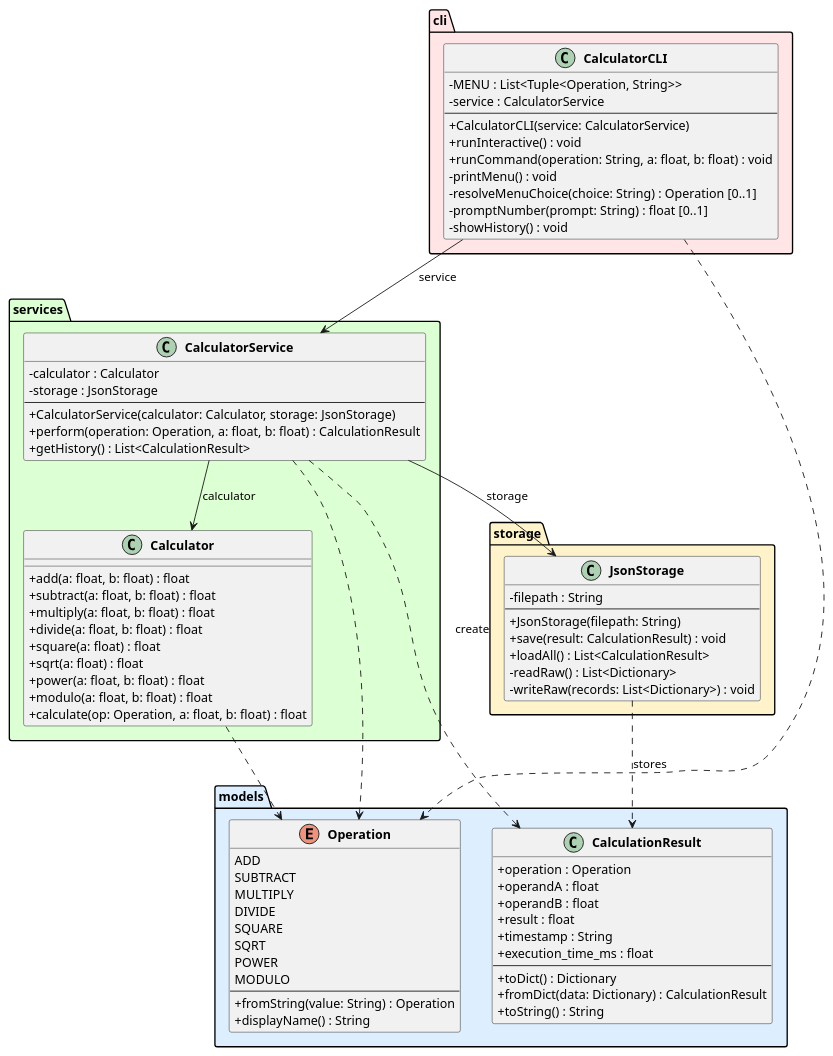
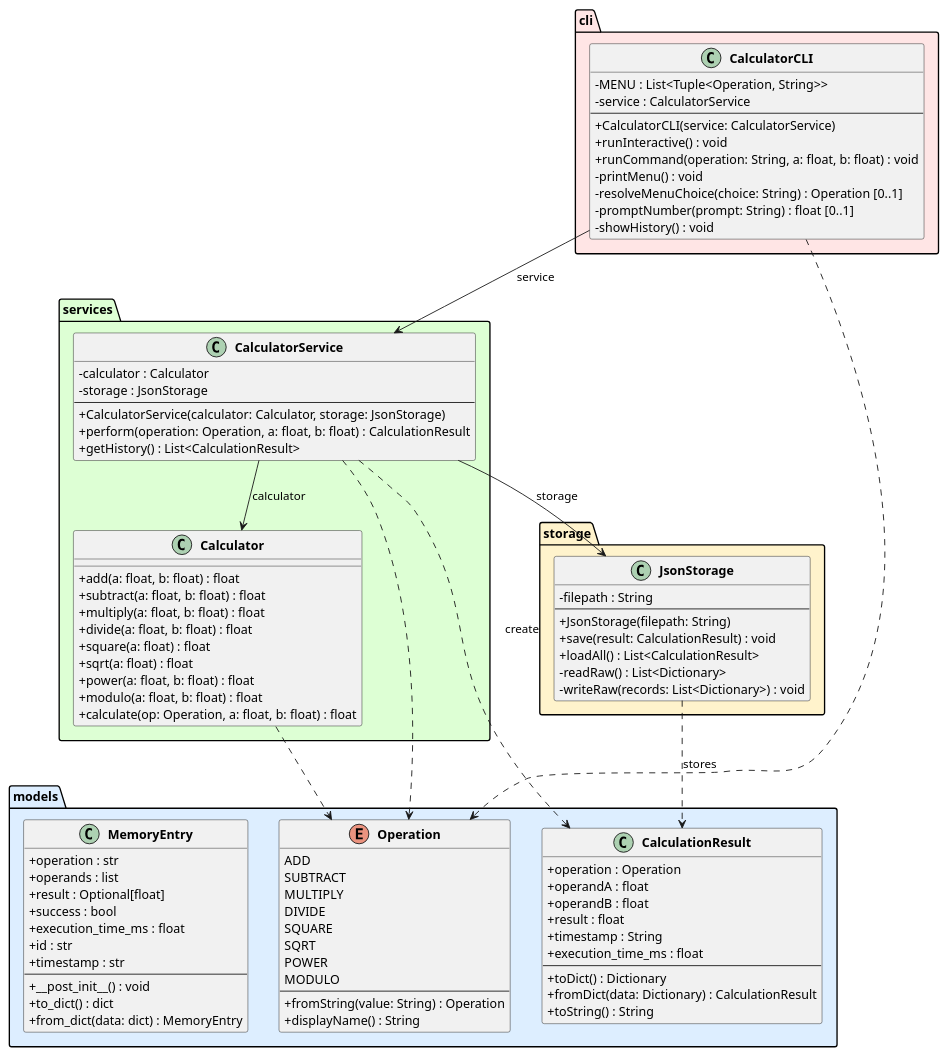
Before and after one commit to DanielRiha8906/Software_autoevolution_using_agents: the diagram in experiments/supervisor_as_tools/test_driven/calculator/artifacts/class_diagram.puml, drawn with PlantUML. The commit also changed 4 other files, not shown here.

First line of the commit message:
task 03 | Create MemoryEntry domain class for calculation history

```diff
--- a/experiments/supervisor_as_tools/test_driven/calculator/artifacts/class_diagram.puml
+++ b/experiments/supervisor_as_tools/test_driven/calculator/artifacts/class_diagram.puml
@@ -1,95 +1,109 @@
 @startuml class_diagram
 
 skinparam classAttributeIconSize 0
 skinparam classFontStyle bold
 
 package "models" #DDEEFF {
     enum Operation {
         ADD
         SUBTRACT
         MULTIPLY
         DIVIDE
         SQUARE
         SQRT
         POWER
         MODULO
         --
         +fromString(value: String) : Operation
         +displayName() : String
     }
 
     class CalculationResult {
         +operation : Operation
         +operandA : float
         +operandB : float
         +result : float
         +timestamp : String
         +execution_time_ms : float
         --
         +toDict() : Dictionary
         +fromDict(data: Dictionary) : CalculationResult
         +toString() : String
+    }
+
+    class MemoryEntry {
+        +operation : str
+        +operands : list
+        +result : Optional[float]
+        +success : bool
+        +execution_time_ms : float
+        +id : str
+        +timestamp : str
+        --
+        +__post_init__() : void
+        +to_dict() : dict
+        +from_dict(data: dict) : MemoryEntry
     }
 }
 
 package "services" #DDFFD4 {
     class Calculator {
         +add(a: float, b: float) : float
         +subtract(a: float, b: float) : float
         +multiply(a: float, b: float) : float
         +divide(a: float, b: float) : float
         +square(a: float) : float
         +sqrt(a: float) : float
         +power(a: float, b: float) : float
         +modulo(a: float, b: float) : float
         +calculate(op: Operation, a: float, b: float) : float
     }
 
     class CalculatorService {
         -calculator : Calculator
         -storage : JsonStorage
         --
         +CalculatorService(calculator: Calculator, storage: JsonStorage)
         +perform(operation: Operation, a: float, b: float) : CalculationResult
         +getHistory() : List<CalculationResult>
     }
 }
 
 package "storage" #FFF3CC {
     class JsonStorage {
         -filepath : String
         --
         +JsonStorage(filepath: String)
         +save(result: CalculationResult) : void
         +loadAll() : List<CalculationResult>
         -readRaw() : List<Dictionary>
         -writeRaw(records: List<Dictionary>) : void
     }
 }
 
 package "cli" #FFE5E5 {
     class CalculatorCLI {
         -MENU : List<Tuple<Operation, String>>
         -service : CalculatorService
         --
         +CalculatorCLI(service: CalculatorService)
         +runInteractive() : void
         +runCommand(operation: String, a: float, b: float) : void
         -printMenu() : void
         -resolveMenuChoice(choice: String) : Operation [0..1]
         -promptNumber(prompt: String) : float [0..1]
         -showHistory() : void
     }
 }
 
 CalculatorCLI --> CalculatorService : service
 CalculatorService --> Calculator : calculator
 CalculatorService --> JsonStorage : storage
 
 CalculatorService ..> CalculationResult : create
 CalculatorService ..> Operation
 CalculatorCLI ..> Operation
 Calculator ..> Operation
 JsonStorage ..> CalculationResult : stores
 
 @enduml
```
